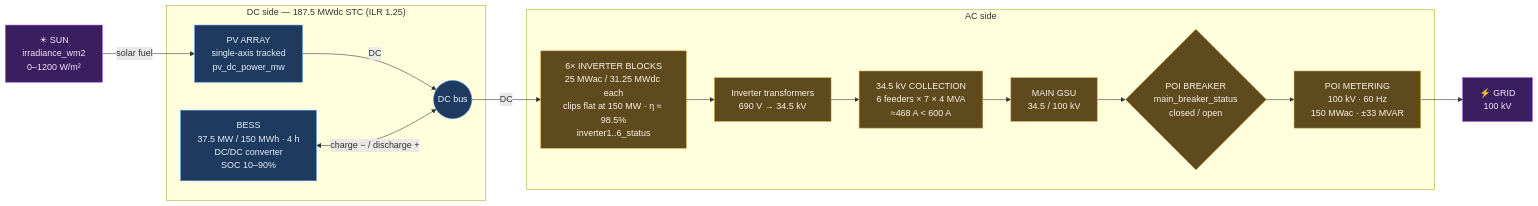
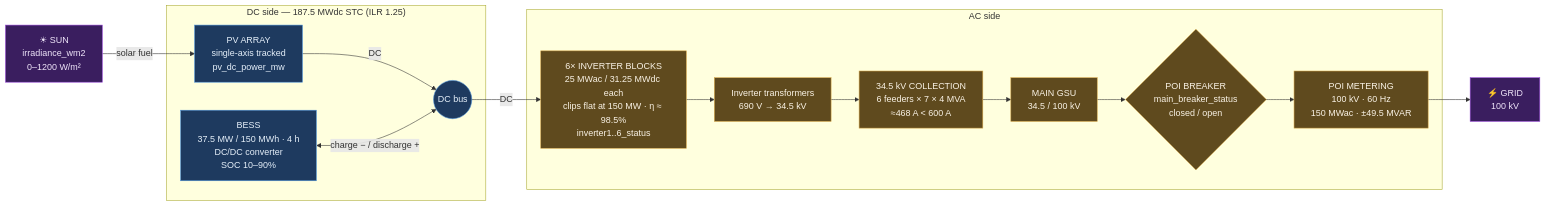
One commit to appletalk/volttron-fuxa-implementation changed the first of 4 diagrams in docs/POWERPLANT_DIAGRAM.md. Above: the diagram before and after it, drawn with Mermaid. The commit also changed other lines of this file and 14 other files, not shown here.

````diff
--- a/docs/POWERPLANT_DIAGRAM.md
+++ b/docs/POWERPLANT_DIAGRAM.md
@@ -13,34 +13,34 @@
 ```mermaid
 flowchart LR
     SUN["☀ SUN<br/>irradiance_wm2<br/>0–1200 W/m²"]
 
     subgraph DC["DC side — 187.5 MWdc STC (ILR 1.25)"]
         PV["PV ARRAY<br/>single-axis tracked<br/>pv_dc_power_mw"]
         BUS(("DC bus"))
         BESS["BESS<br/>37.5 MW / 150 MWh · 4 h<br/>DC/DC converter<br/>SOC 10–90%"]
     end
 
     subgraph AC["AC side"]
         INV["6× INVERTER BLOCKS<br/>25 MWac / 31.25 MWdc each<br/>clips flat at 150 MW · η ≈ 98.5%<br/>inverter1..6_status"]
         XFMR["Inverter transformers<br/>690 V → 34.5 kV"]
         FEED["34.5 kV COLLECTION<br/>6 feeders × 7 × 4 MVA<br/>≈468 A < 600 A"]
         GSU["MAIN GSU<br/>34.5 / 100 kV"]
         BRK{"POI BREAKER<br/>main_breaker_status<br/>closed / open"}
-        POI["POI METERING<br/>100 kV · 60 Hz<br/>150 MWac · ±33 MVAR"]
+        POI["POI METERING<br/>100 kV · 60 Hz<br/>150 MWac · ±49.5 MVAR"]
     end
 
     GRID["⚡ GRID<br/>100 kV"]
 
     SUN -->|solar fuel| PV
     PV -->|DC| BUS
     BESS <-->|charge − / discharge +| BUS
     BUS -->|DC| INV
     INV --> XFMR --> FEED --> GSU --> BRK --> POI --> GRID
 
     classDef dc fill:#1e3a5f,stroke:#4a90d9,color:#e6f0fa
     classDef ac fill:#5f4a1e,stroke:#d9a94a,color:#faf3e6
     classDef grid fill:#3a1e5f,stroke:#9a4ad9,color:#f0e6fa
     class PV,BUS,BESS dc
     class INV,XFMR,FEED,GSU,BRK,POI ac
     class SUN,GRID grid
 ```
````
